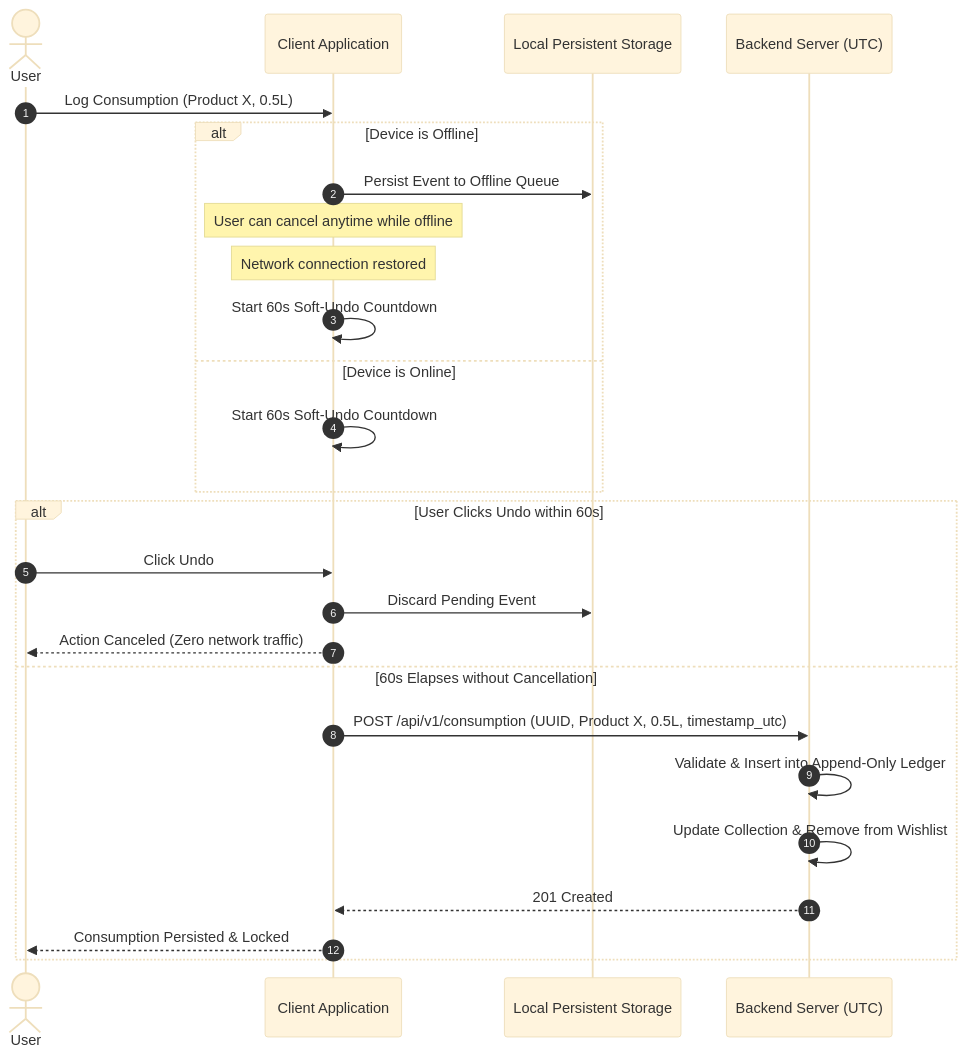
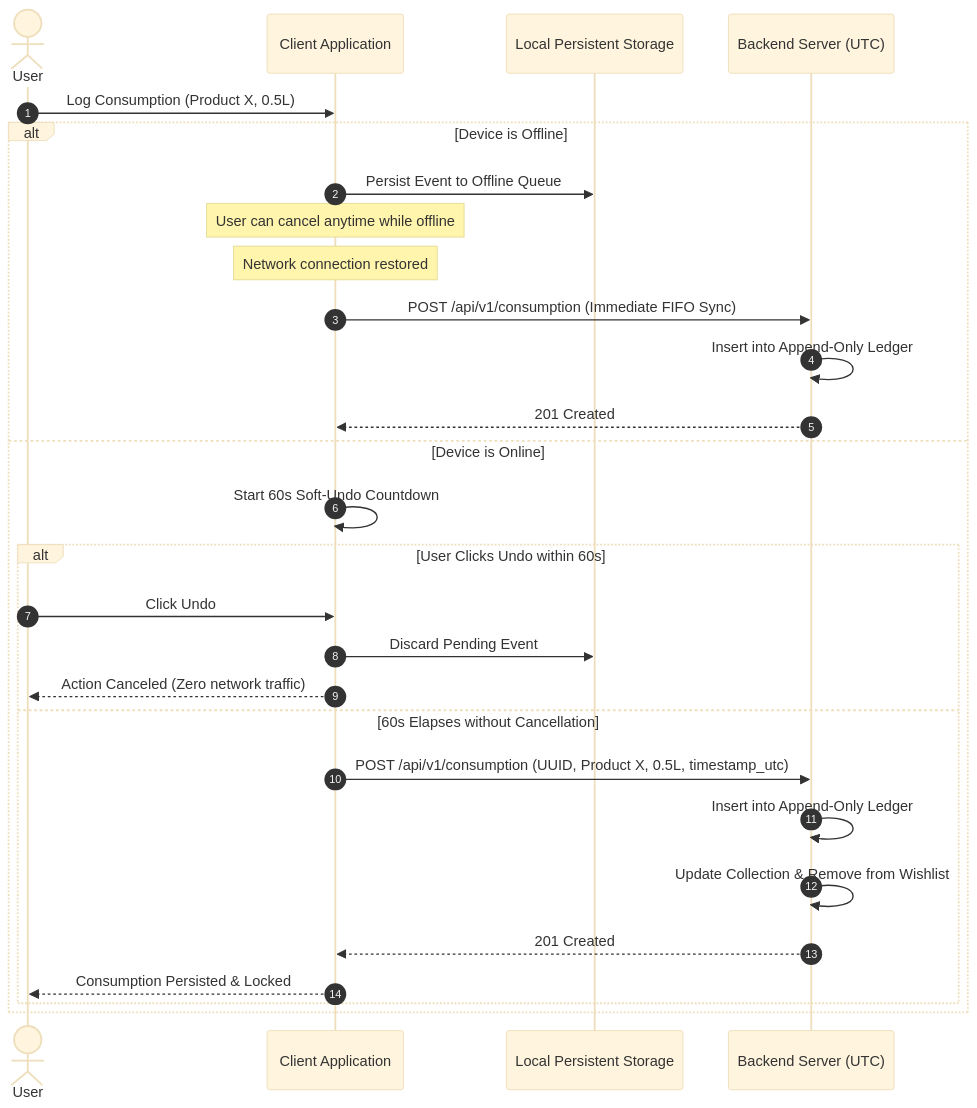
The second of 2 diagrams in spec/srs.md (MaksymSheliaha/beer-tracker), drawn with Mermaid (base theme) before and after one commit. The commit also changed other lines of this file and 9 other files, not shown here.

````diff
--- a/spec/srs.md
+++ b/spec/srs.md
@@ -502,30 +547,31 @@
 ```mermaid
 sequenceDiagram
     autonumber
     actor User
     participant Client as Client Application
     participant Queue as Local Persistent Storage
     participant Server as Backend Server (UTC)
 
     User->>Client: Log Consumption (Product X, 0.5L)
     alt Device is Offline
         Client->>Queue: Persist Event to Offline Queue
         Note over Client: User can cancel anytime while offline
         Note over Client: Network connection restored
-        Client->>Client: Start 60s Soft-Undo Countdown
+        Client->>Server: POST /api/v1/consumption (Immediate FIFO Sync)
+        Server->>Server: Insert into Append-Only Ledger
+        Server-->>Client: 201 Created
     else Device is Online
         Client->>Client: Start 60s Soft-Undo Countdown
-    end
-
-    alt User Clicks Undo within 60s
-        User->>Client: Click Undo
-        Client->>Queue: Discard Pending Event
-        Client-->>User: Action Canceled (Zero network traffic)
-    else 60s Elapses without Cancellation
-        Client->>Server: POST /api/v1/consumption (UUID, Product X, 0.5L, timestamp_utc)
-        Server->>Server: Validate & Insert into Append-Only Ledger
-        Server->>Server: Update Collection & Remove from Wishlist
-        Server-->>Client: 201 Created
-        Client-->>User: Consumption Persisted & Locked
+        alt User Clicks Undo within 60s
+            User->>Client: Click Undo
+            Client->>Queue: Discard Pending Event
+            Client-->>User: Action Canceled (Zero network traffic)
+        else 60s Elapses without Cancellation
+            Client->>Server: POST /api/v1/consumption (UUID, Product X, 0.5L, timestamp_utc)
+            Server->>Server: Insert into Append-Only Ledger
+            Server->>Server: Update Collection & Remove from Wishlist
+            Server-->>Client: 201 Created
+            Client-->>User: Consumption Persisted & Locked
+        end
     end
 ```
````
